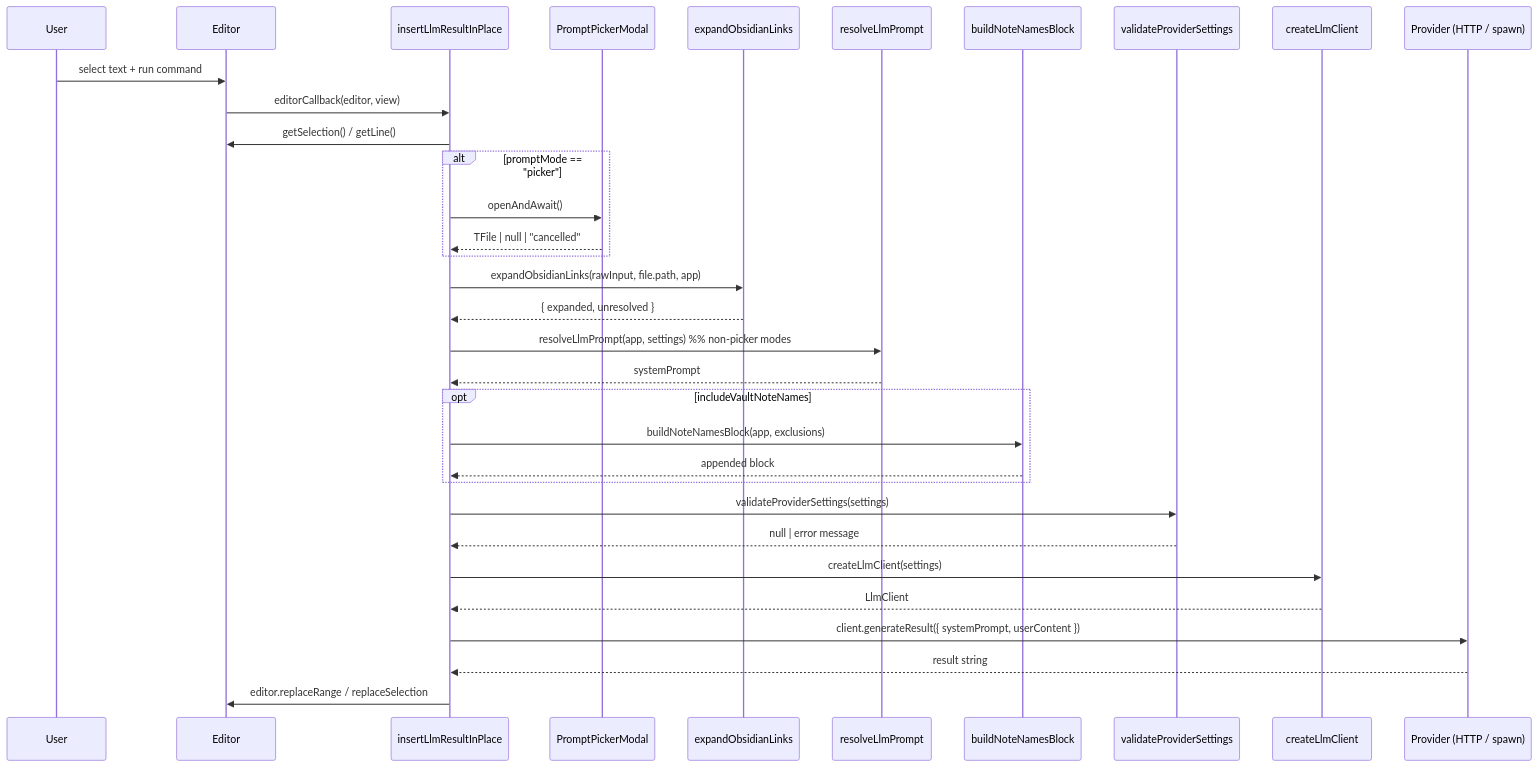
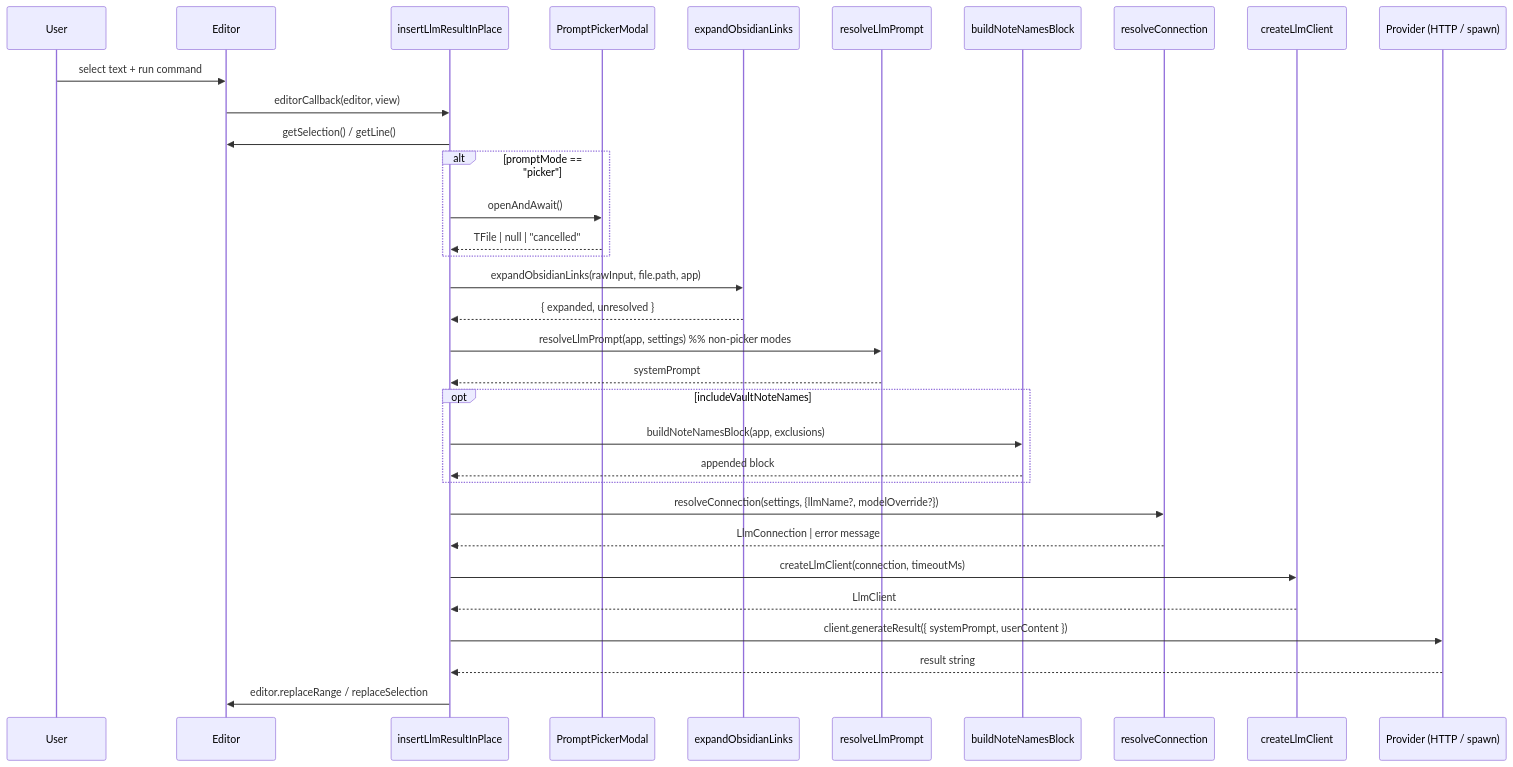
Before and after one commit to ibatura/obsidian-ask-any-ai: the diagram in documentation/02-architecture/command-pipeline.md, drawn with Mermaid. The commit also changed other lines of this file and 23 other files, not shown here.

````diff
--- a/documentation/02-architecture/command-pipeline.md
+++ b/documentation/02-architecture/command-pipeline.md
@@ -7,36 +7,36 @@
 ```mermaid
 sequenceDiagram
   participant U as User
   participant E as Editor
   participant C as insertLlmResultInPlace
   participant M as PromptPickerModal
   participant L as expandObsidianLinks
   participant P as resolveLlmPrompt
   participant N as buildNoteNamesBlock
-  participant V as validateProviderSettings
+  participant V as resolveConnection
   participant X as createLlmClient
   participant API as Provider (HTTP / spawn)
 
   U->>E: select text + run command
   E->>C: editorCallback(editor, view)
   C->>E: getSelection() / getLine()
   alt promptMode == "picker"
     C->>M: openAndAwait()
     M-->>C: TFile | null | "cancelled"
   end
   C->>L: expandObsidianLinks(rawInput, file.path, app)
   L-->>C: { expanded, unresolved }
   C->>P: resolveLlmPrompt(app, settings)  %% non-picker modes
   P-->>C: systemPrompt
   opt includeVaultNoteNames
     C->>N: buildNoteNamesBlock(app, exclusions)
     N-->>C: appended block
   end
-  C->>V: validateProviderSettings(settings)
-  V-->>C: null | error message
-  C->>X: createLlmClient(settings)
+  C->>V: resolveConnection(settings, {llmName?, modelOverride?})
+  V-->>C: LlmConnection | error message
+  C->>X: createLlmClient(connection, timeoutMs)
   X-->>C: LlmClient
   C->>API: client.generateResult({ systemPrompt, userContent })
   API-->>C: result string
   C->>E: editor.replaceRange / replaceSelection
 ```
````
